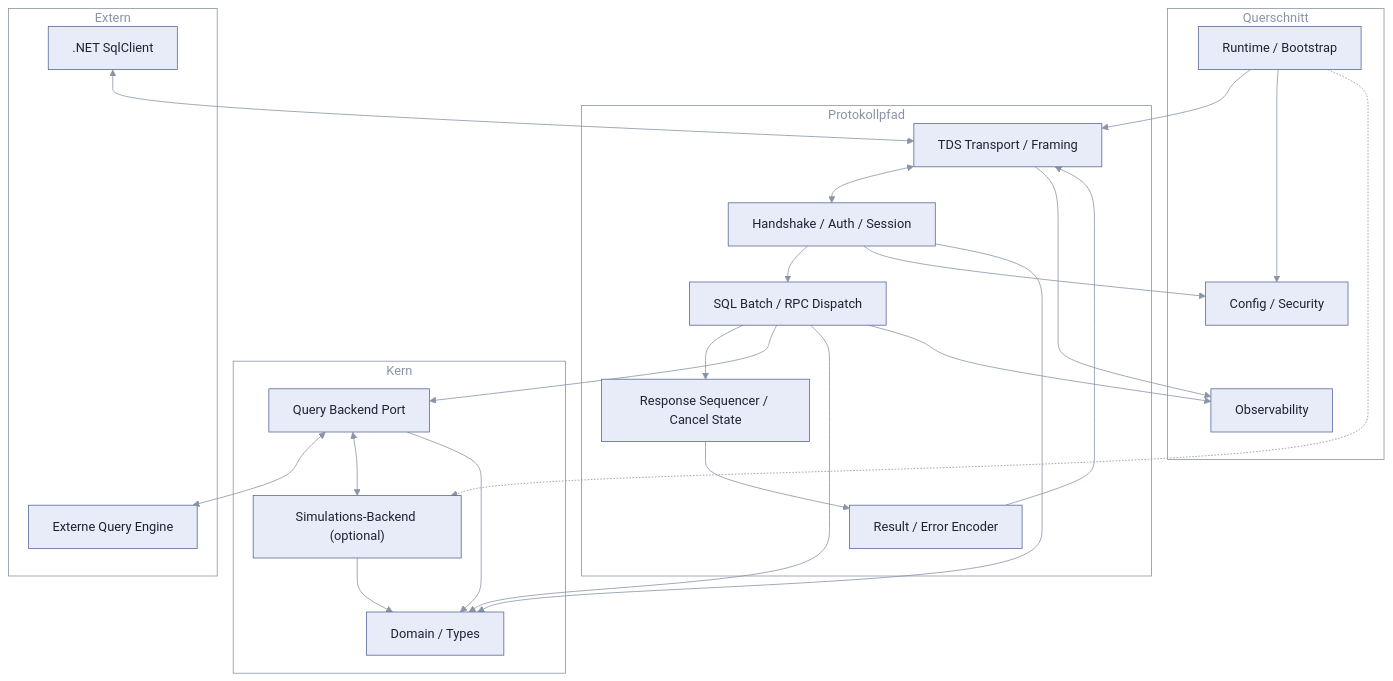
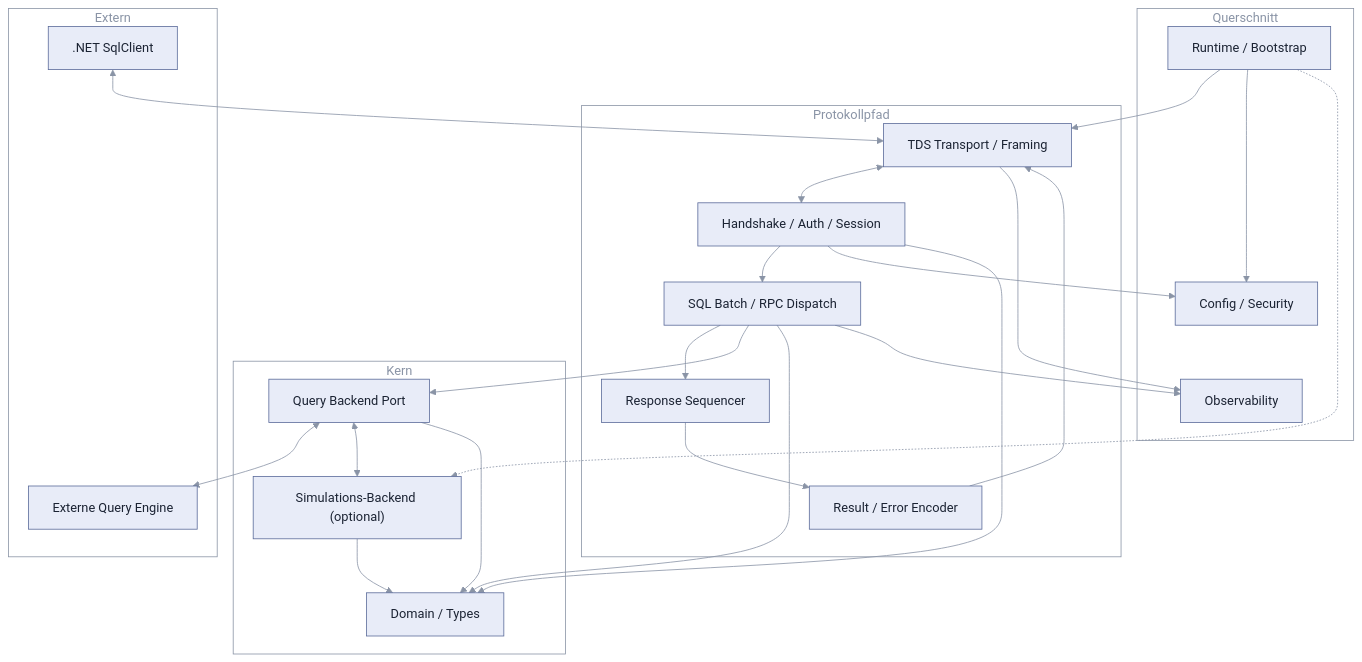
The first of 5 diagrams in spec/architecture.md (pt9912/tdswire), drawn with Mermaid before and after one commit. The commit also changed other lines of this file and 7 other files, not shown here.

````diff
--- a/spec/architecture.md
+++ b/spec/architecture.md
@@ -8,44 +8,44 @@
 ```mermaid
 %%{init: {'theme': 'base', 'flowchart': {'curve': 'basis', 'nodeSpacing': 30, 'rankSpacing': 45}, 'themeVariables': {'lineColor': '#8a94a6', 'primaryColor': '#e8ecf8', 'primaryTextColor': '#1b2333', 'primaryBorderColor': '#5b6b9a', 'clusterBkg': 'transparent', 'clusterBorder': '#8a94a6', 'titleColor': '#8a94a6'}}}%%
 flowchart TB
     subgraph Extern["Extern"]
         NET[".NET SqlClient"]
         Engine["Externe Query Engine"]
     end
     subgraph Protokoll["Protokollpfad"]
         Transport["TDS Transport / Framing"]
         Session["Handshake / Auth / Session"]
         Dispatch["SQL Batch / RPC Dispatch"]
-        Stream["Response Sequencer / Cancel State"]
+        Stream["Response Sequencer"]
         Codec["Result / Error Encoder"]
     end
     subgraph Kern["Kern"]
         Backend["Query Backend Port"]
         Model["Domain / Types"]
         Sim["Simulations-Backend (optional)"]
     end
     subgraph Quer["Querschnitt"]
         Runtime["Runtime / Bootstrap"]
         Config["Config / Security"]
         Obs["Observability"]
     end
     NET <--> Transport
     Transport <--> Session
     Session --> Dispatch
     Session --> Config
     Dispatch --> Stream
     Stream --> Codec
     Codec --> Transport
     Dispatch --> Backend
     Backend <--> Engine
     Backend <--> Sim
     Session --> Model
     Dispatch --> Model
     Backend --> Model
     Sim --> Model
     Runtime --> Transport
     Runtime --> Config
     Runtime -.-> Sim
     Transport --> Obs
     Dispatch --> Obs
 ```
````
